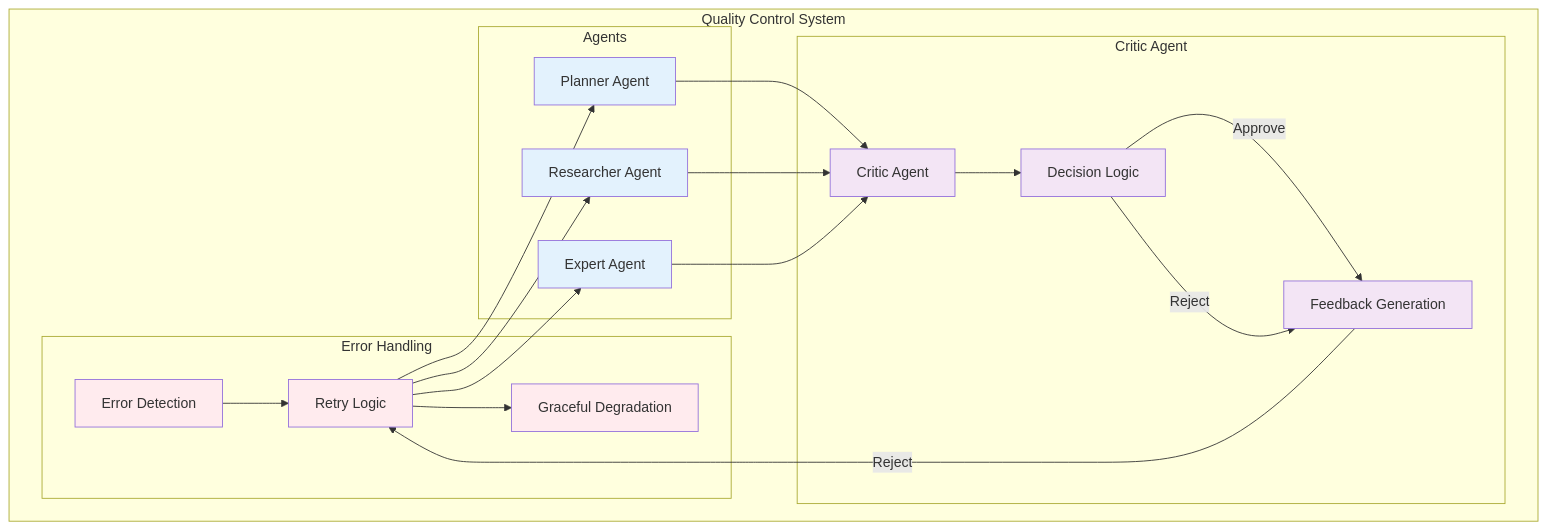
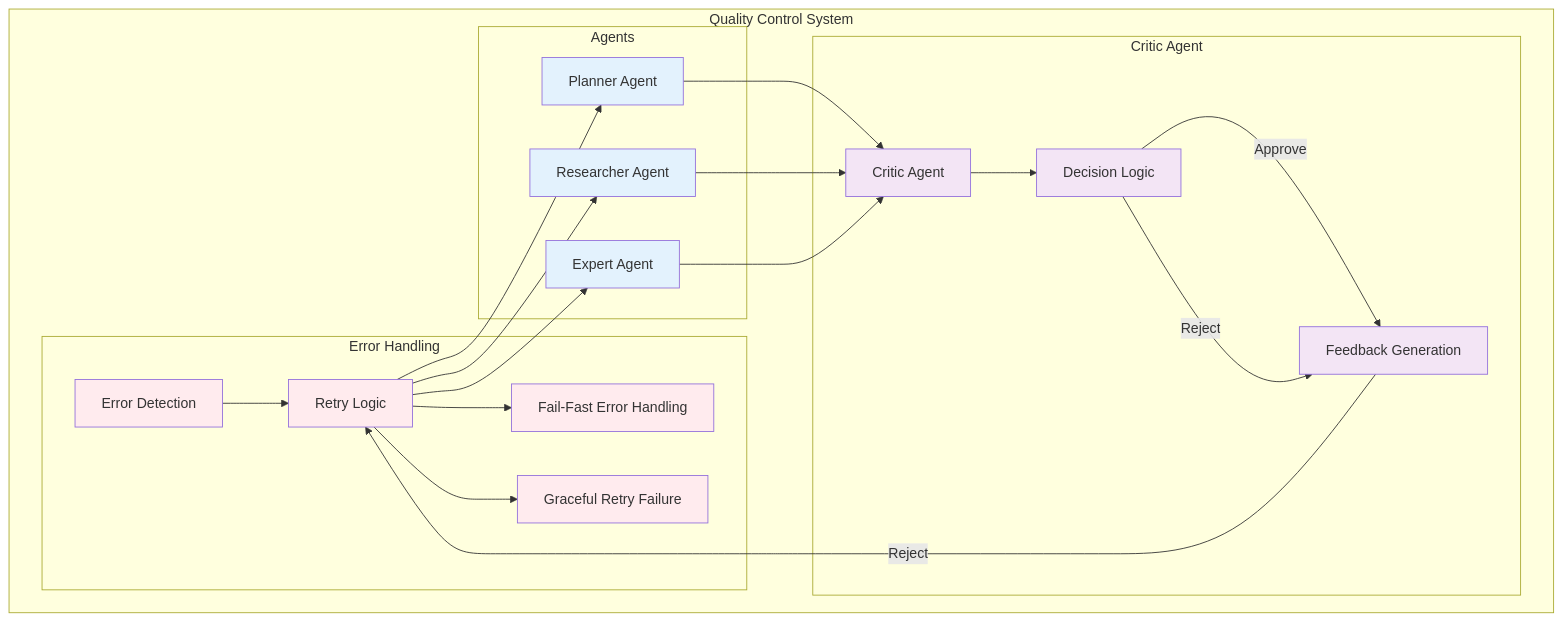
The tenth of 11 diagrams in docs/src2/ARCHITECTURE.md (jdsham/hf-ai-agents-course), drawn with Mermaid before and after one commit. The commit also changed other lines of this file, not shown here.

Commit message:
Updated source code architecture document.

````diff
--- a/docs/src2/ARCHITECTURE.md
+++ b/docs/src2/ARCHITECTURE.md
@@ -1766,46 +1767,48 @@
 ```mermaid
 graph TB
     subgraph "Quality Control System"
         subgraph "Agents"
             P[Planner Agent]
             R[Researcher Agent]
             E[Expert Agent]
         end
         
         subgraph "Critic Agent"
             C[Critic Agent]
             Decision[Decision Logic]
             Feedback[Feedback Generation]
         end
         
         subgraph "Error Handling"
             ErrorDetect[Error Detection]
             RetryLogic[Retry Logic]
-            GracefulDegrade[Graceful Degradation]
+            FailFast[Fail-Fast Error Handling]
+            GracefulFail[Graceful Retry Failure]
         end
     end
     
     P --> C
     R --> C
     E --> C
     
     C --> Decision
     Decision -->|Approve| Feedback
     Decision -->|Reject| Feedback
     
     Feedback -->|Reject| RetryLogic
     RetryLogic --> P
     RetryLogic --> R
     RetryLogic --> E
     
     ErrorDetect --> RetryLogic
-    RetryLogic --> GracefulDegrade
+    RetryLogic --> FailFast
+    RetryLogic --> GracefulFail
     
     classDef agent fill:#e3f2fd
     classDef critic fill:#f3e5f5
     classDef error fill:#ffebee
     
     class P,R,E agent
     class C,Decision,Feedback critic
-    class ErrorDetect,RetryLogic,GracefulDegrade error
+    class ErrorDetect,RetryLogic,FailFast,GracefulFail error
 ```
````
